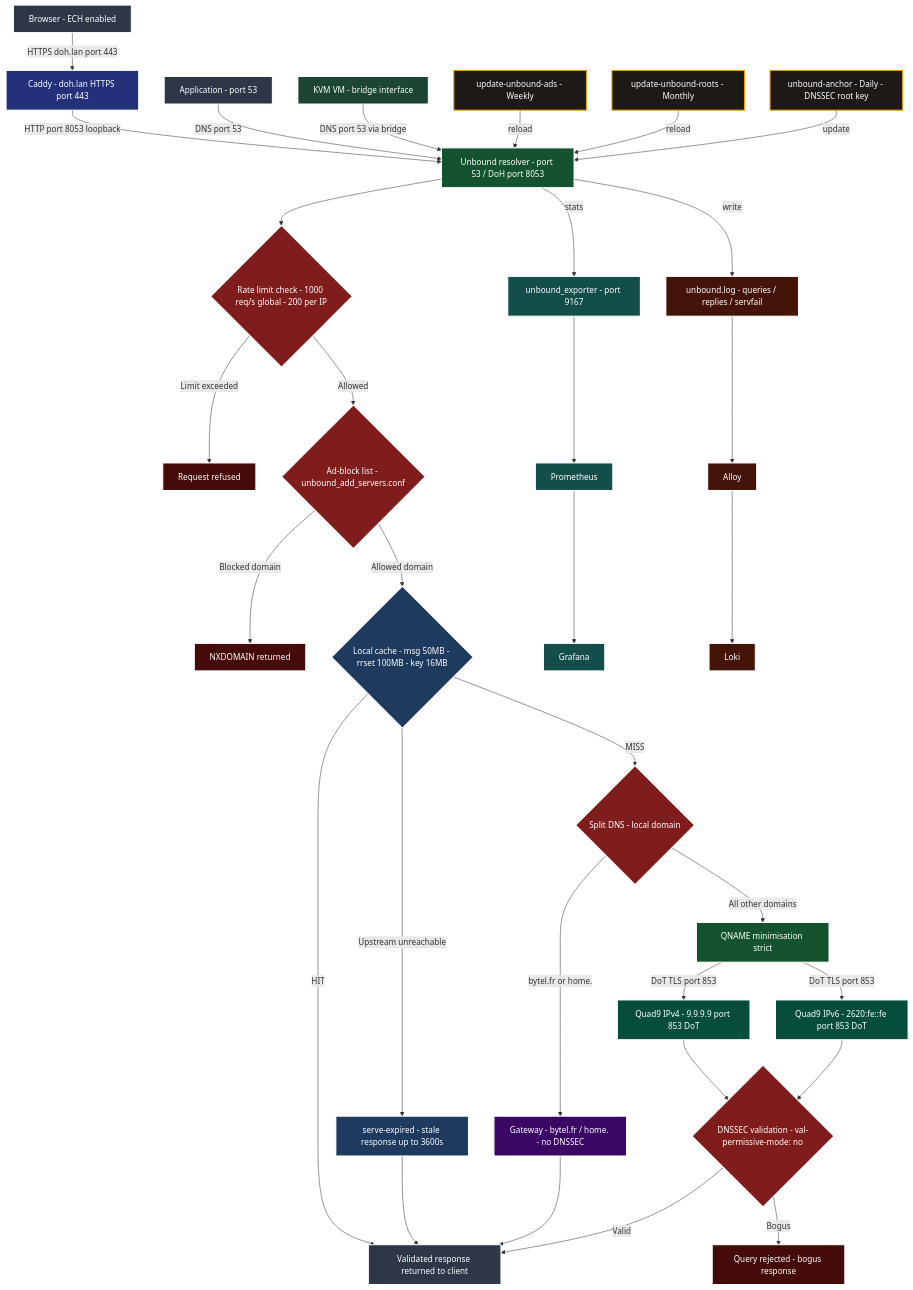
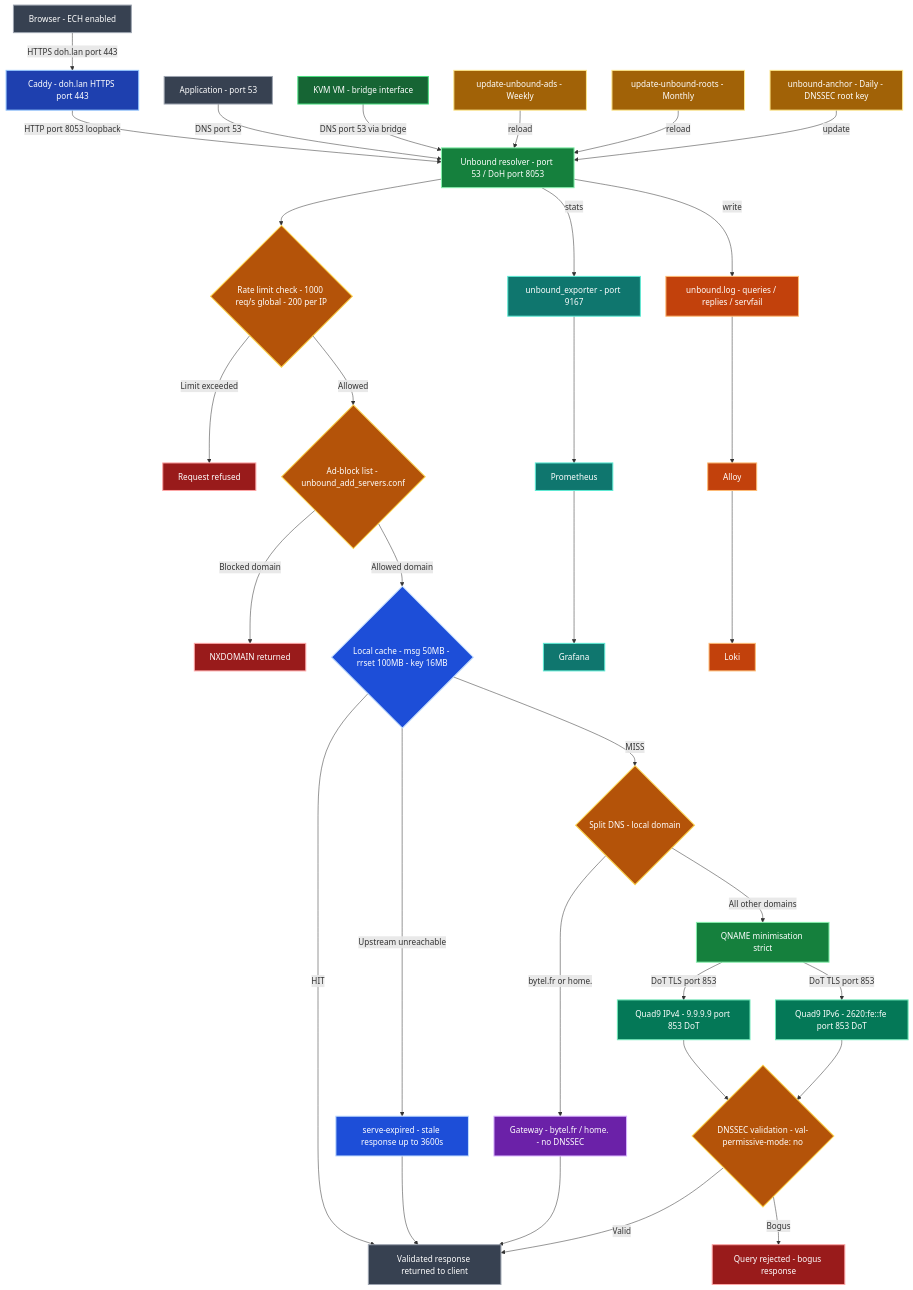
Before and after one commit to crisis1er/unbound: the diagram in README.md, drawn with Mermaid.

Commit message:
docs: dark saturated colors - blue stays blue, orange stays orange

````diff
--- a/README.md
+++ b/README.md
@@ -32,17 +32,17 @@
 ```mermaid
 flowchart TD
-    classDef client fill:#2d3748,stroke:#ffffff,stroke-width:2px,color:#ffffff
-    classDef kvm fill:#1c4532,stroke:#ffffff,stroke-width:2px,color:#ffffff
-    classDef proxy fill:#23317a,stroke:#ffffff,stroke-width:2px,color:#ffffff
-    classDef resolver fill:#14532d,stroke:#ffffff,stroke-width:2px,color:#ffffff
-    classDef decision fill:#7f1d1d,stroke:#ffffff,stroke-width:2px,color:#ffffff
-    classDef blocked fill:#450a0a,stroke:#ffffff,stroke-width:2px,color:#ffffff
-    classDef cache fill:#1e3a5f,stroke:#ffffff,stroke-width:2px,color:#ffffff
-    classDef local fill:#3b0764,stroke:#ffffff,stroke-width:2px,color:#ffffff
-    classDef upstream fill:#064e3b,stroke:#ffffff,stroke-width:2px,color:#ffffff
-    classDef monitoring fill:#134e4a,stroke:#ffffff,stroke-width:2px,color:#ffffff
-    classDef logs fill:#431407,stroke:#ffffff,stroke-width:2px,color:#ffffff
-    classDef maintenance fill:#1c1917,stroke:#f59e0b,stroke-width:2px,color:#ffffff
+    classDef client fill:#374151,stroke:#9ca3af,stroke-width:2px,color:#ffffff
+    classDef kvm fill:#166534,stroke:#4ade80,stroke-width:2px,color:#ffffff
+    classDef proxy fill:#1e40af,stroke:#93c5fd,stroke-width:2px,color:#ffffff
+    classDef resolver fill:#15803d,stroke:#86efac,stroke-width:2px,color:#ffffff
+    classDef decision fill:#b45309,stroke:#fcd34d,stroke-width:2px,color:#ffffff
+    classDef blocked fill:#991b1b,stroke:#fca5a5,stroke-width:2px,color:#ffffff
+    classDef cache fill:#1d4ed8,stroke:#bfdbfe,stroke-width:2px,color:#ffffff
+    classDef local fill:#6b21a8,stroke:#d8b4fe,stroke-width:2px,color:#ffffff
+    classDef upstream fill:#047857,stroke:#6ee7b7,stroke-width:2px,color:#ffffff
+    classDef monitoring fill:#0f766e,stroke:#5eead4,stroke-width:2px,color:#ffffff
+    classDef logs fill:#c2410c,stroke:#fdba74,stroke-width:2px,color:#ffffff
+    classDef maintenance fill:#a16207,stroke:#fde68a,stroke-width:2px,color:#ffffff
 
     BROWSER["Browser - ECH enabled"]:::client
     CADDY["Caddy - doh.lan HTTPS port 443"]:::proxy
````
